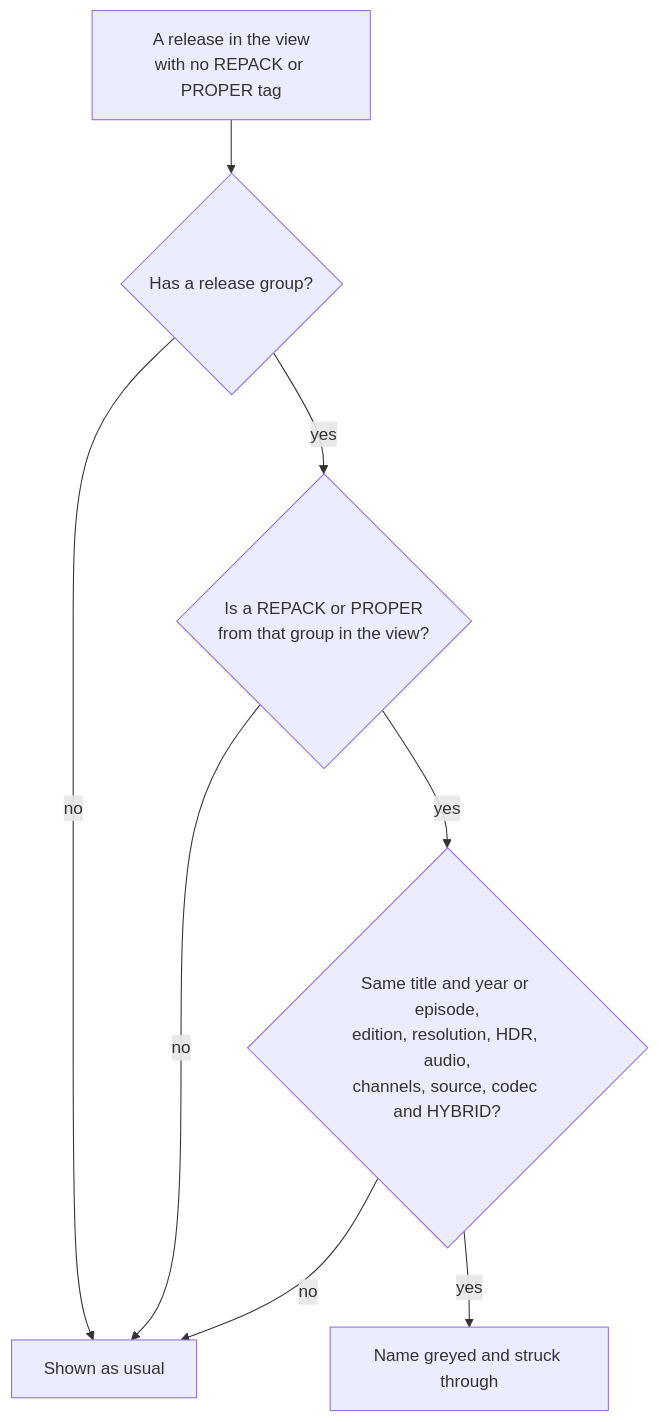
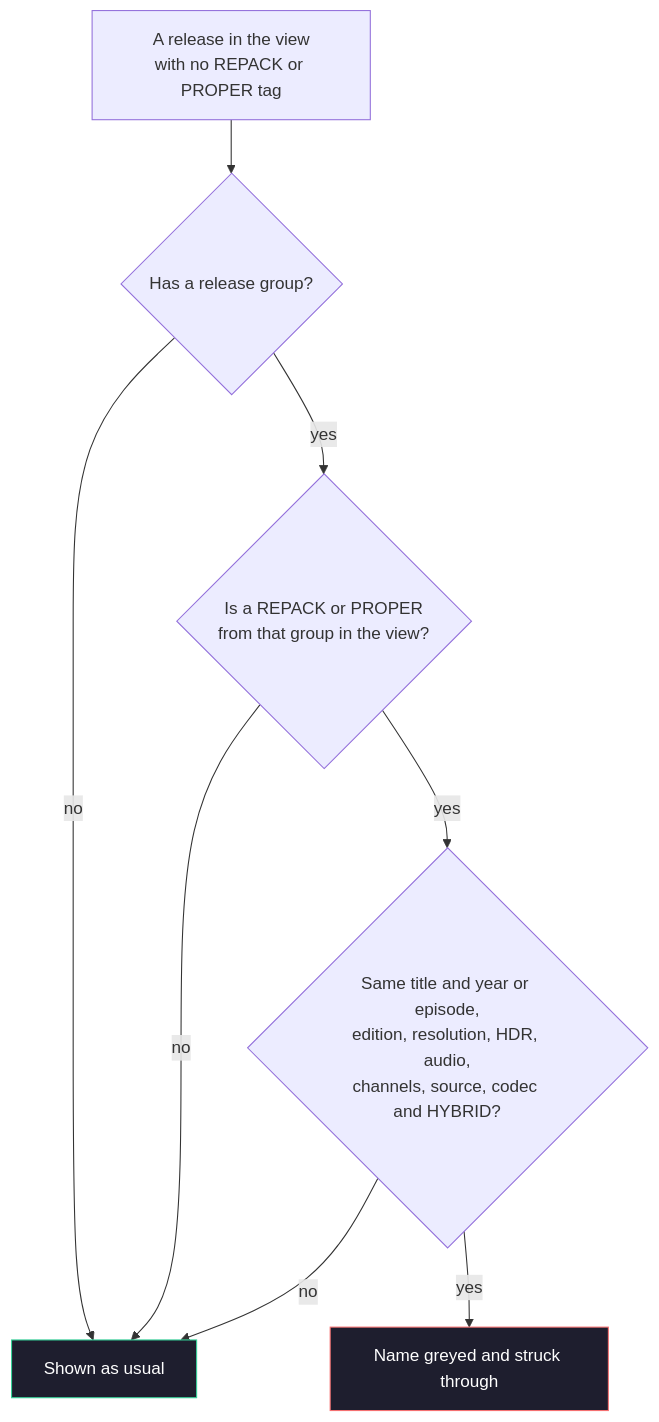
Before and after one commit to Appz4Fun/NeNeTeePee-Stream-Kodi: the diagram in docs-site/features/quality-filtering.md, drawn with Mermaid. The commit also changed other lines of this file and 2 other files, not shown here.

````diff
--- a/docs-site/features/quality-filtering.md
+++ b/docs-site/features/quality-filtering.md
@@ -445,10 +445,14 @@
 ```mermaid
 flowchart TD
     A[A release in the view<br/>with no REPACK or PROPER tag] --> B{Has a release group?}
     B -->|no| KEEP[Shown as usual]
     B -->|yes| C{Is a REPACK or PROPER<br/>from that group in the view?}
     C -->|no| KEEP
     C -->|yes| D{Same title and year or episode,<br/>edition, resolution, HDR, audio,<br/>channels, source, codec and HYBRID?}
     D -->|no| KEEP
     D -->|yes| STRIKE[Name greyed and struck through]
+    classDef keep fill:#1E1E2E,stroke:#34D399,color:#FFFFFF
+    classDef strike fill:#1E1E2E,stroke:#F87171,color:#FFFFFF
+    class KEEP keep
+    class STRIKE strike
 ```
````
